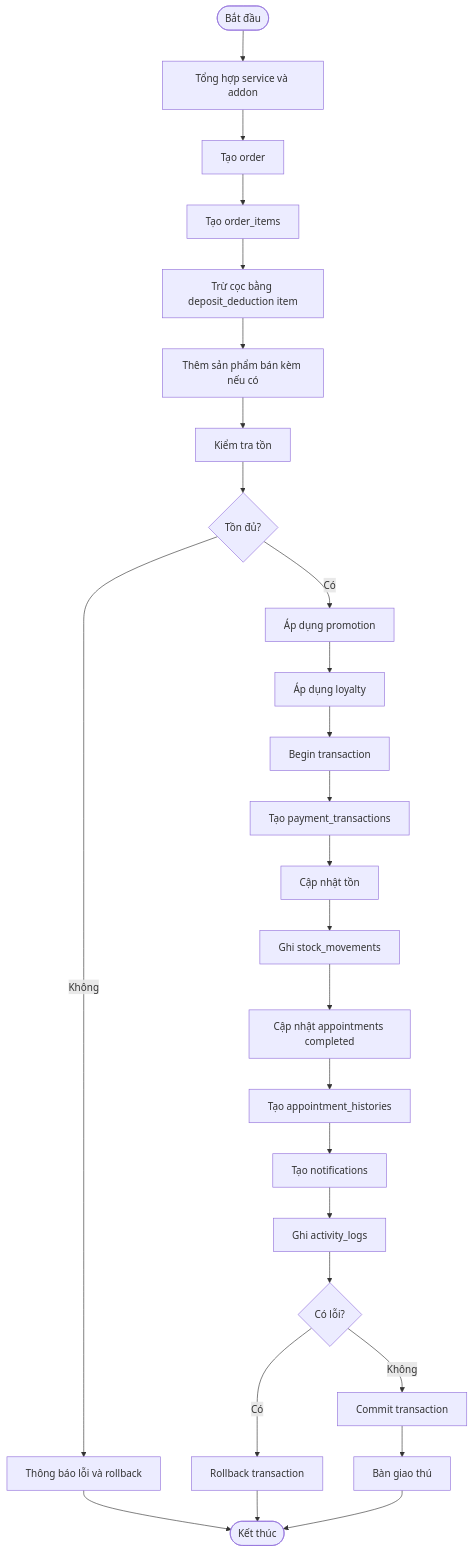
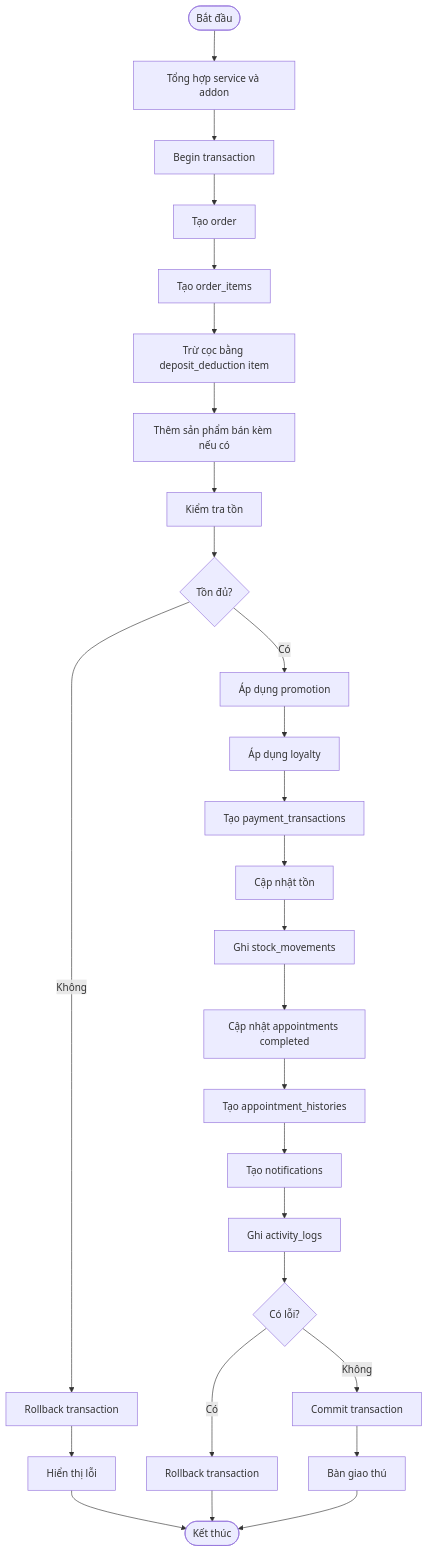
One commit to GiaBao2207/Doan2 changed the fifth of 6 diagrams in UML/ACTIVITY-DIAGRAM.md. Above: the diagram before and after it, drawn with Mermaid. The commit also changed other lines of this file and 1 other file, not shown here.

Commit message:
third commit

````diff
--- a/UML/ACTIVITY-DIAGRAM.md
+++ b/UML/ACTIVITY-DIAGRAM.md
@@ -104,25 +106,27 @@
 ```mermaid
 flowchart TD
     A([Bắt đầu]) --> B[Tổng hợp service và addon]
-    B --> C[Tạo order]
-    C --> D[Tạo order_items]
-    D --> E[Trừ cọc bằng deposit_deduction item]
-    E --> F[Thêm sản phẩm bán kèm nếu có]
-    F --> G[Kiểm tra tồn]
-    G --> H{Tồn đủ?}
-    H -- Không --> X[Thông báo lỗi và rollback] --> Z([Kết thúc])
-    H -- Có --> I[Áp dụng promotion]
-    I --> J[Áp dụng loyalty]
-    J --> K[Begin transaction]
+    B --> C[Begin transaction]
+    C --> D[Tạo order]
+    D --> E[Tạo order_items]
+    E --> F[Trừ cọc bằng deposit_deduction item]
+    F --> G[Thêm sản phẩm bán kèm nếu có]
+    G --> H[Kiểm tra tồn]
+    H --> I{Tồn đủ?}
+    I -- Không --> X[Rollback transaction]
+    X --> Y[Hiển thị lỗi]
+    Y --> Z([Kết thúc])
+    I -- Có --> J[Áp dụng promotion]
+    J --> K[Áp dụng loyalty]
     K --> L[Tạo payment_transactions]
     L --> M[Cập nhật tồn]
     M --> N[Ghi stock_movements]
     N --> O[Cập nhật appointments completed]
     O --> P[Tạo appointment_histories]
     P --> Q[Tạo notifications]
     Q --> R[Ghi activity_logs]
     R --> S{Có lỗi?}
     S -- Có --> T[Rollback transaction] --> Z
     S -- Không --> U[Commit transaction]
     U --> V[Bàn giao thú] --> Z
 ```
````
